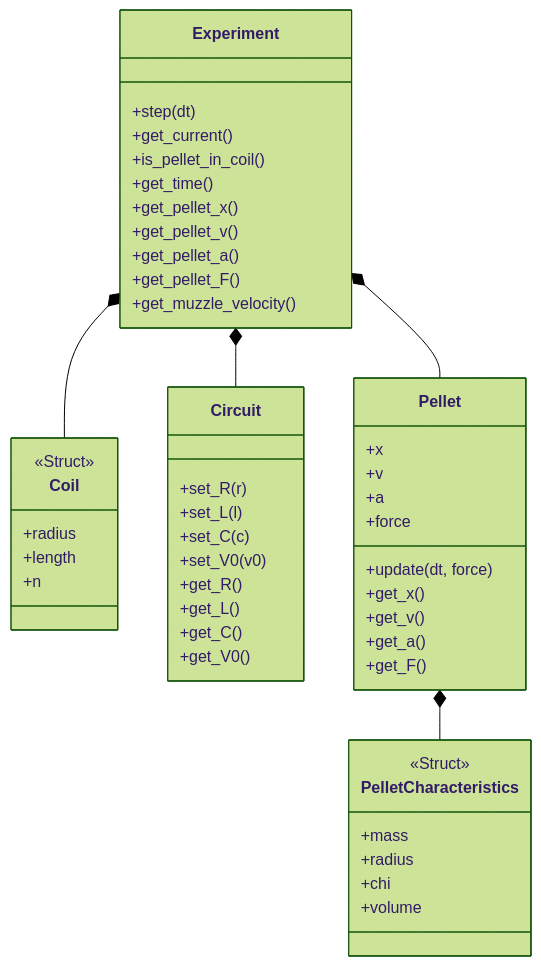
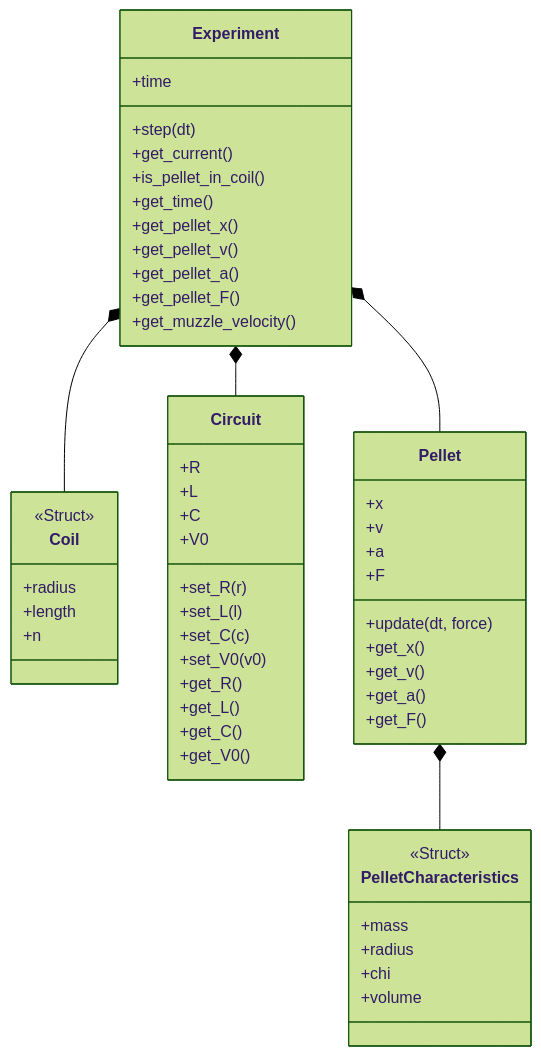
One commit to jvtoppa/magnetopropulsion-sim changed the first of 2 diagrams in README.md. Above: the diagram before and after it, drawn with Mermaid (forest theme).

Commit message:
Modify Pellet class in README class diagram
Updated class diagram in README to include force as F in Pellet class.

````diff
--- a/README.md
+++ b/README.md
@@ -21,57 +21,62 @@
 ```mermaid
 classDiagram
     class Experiment {
+        +time
         +step(dt)
         +get_current()
         +is_pellet_in_coil()
         +get_time()
         +get_pellet_x()
         +get_pellet_v()
         +get_pellet_a()
         +get_pellet_F()
         +get_muzzle_velocity()
     }
 
     class Coil {
         <<Struct>>
         +radius
         +length
         +n
     }
 
     class Circuit {
+        +R
+        +L
+        +C
+        +V0
         +set_R(r)
         +set_L(l)
         +set_C(c)
         +set_V0(v0)
         +get_R()
         +get_L()
         +get_C()
         +get_V0()
     }
 
     class Pellet {
         +x
         +v
         +a
-        +force
+        +F
         +update(dt, force)
         +get_x()
         +get_v()
         +get_a()
         +get_F()
     }
 
     class PelletCharacteristics {
         <<Struct>>
         +mass
         +radius
         +chi
         +volume
     }
 
     Experiment *-- Coil
     Experiment *-- Circuit
     Experiment *-- Pellet
     Pellet *-- PelletCharacteristics
 ```
````
